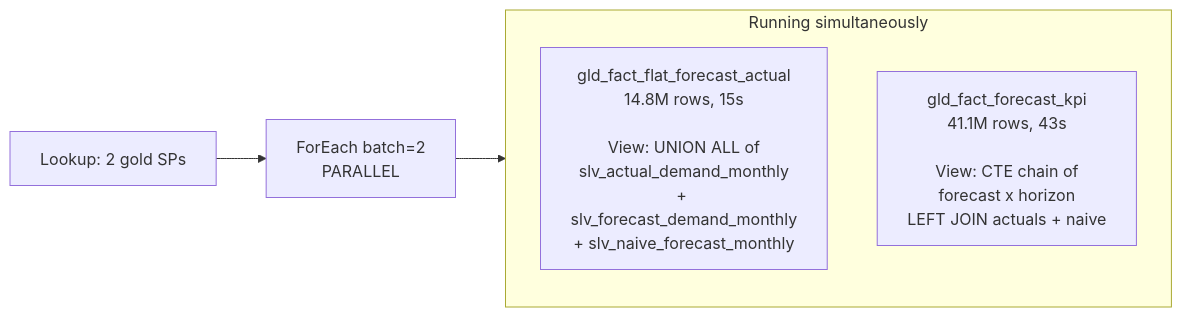
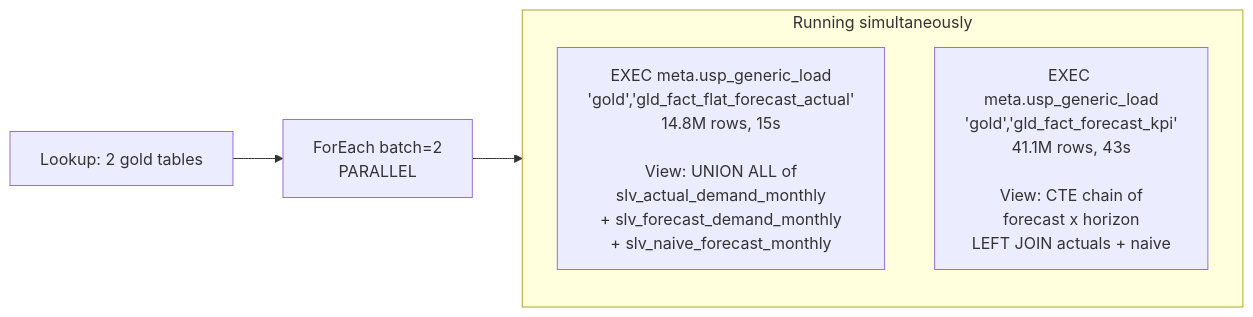
One commit to ankinguyen-engineer-2002/Fabric-v9-Warehouse-Medallion changed the seventh of 11 diagrams in Fabric_Architect/v9_pipeline_supplychain.md. Above: the diagram before and after it, drawn with Mermaid. The commit also changed other lines of this file and 7 other files, not shown here.

First line of the commit message:
Generic SP migration: 28 per-table SPs → 1 meta.usp_generic_load

````diff
--- a/Fabric_Architect/v9_pipeline_supplychain.md
+++ b/Fabric_Architect/v9_pipeline_supplychain.md
@@ -342,12 +343,12 @@
 ```mermaid
 flowchart LR
-    L["Lookup: 2 gold SPs"]
+    L["Lookup: 2 gold tables"]
     F["ForEach batch=2\nPARALLEL"]
 
     subgraph Parallel["Running simultaneously"]
-        SP1["gld_fact_flat_forecast_actual\n14.8M rows, 15s\n\nView: UNION ALL of\nslv_actual_demand_monthly\n+ slv_forecast_demand_monthly\n+ slv_naive_forecast_monthly"]
-        SP2["gld_fact_forecast_kpi\n41.1M rows, 43s\n\nView: CTE chain of\nforecast x horizon\nLEFT JOIN actuals + naive"]
+        SP1["EXEC meta.usp_generic_load\n'gold','gld_fact_flat_forecast_actual'\n14.8M rows, 15s\n\nView: UNION ALL of\nslv_actual_demand_monthly\n+ slv_forecast_demand_monthly\n+ slv_naive_forecast_monthly"]
+        SP2["EXEC meta.usp_generic_load\n'gold','gld_fact_forecast_kpi'\n41.1M rows, 43s\n\nView: CTE chain of\nforecast x horizon\nLEFT JOIN actuals + naive"]
     end
 
     L --> F --> Parallel
 ```
````
